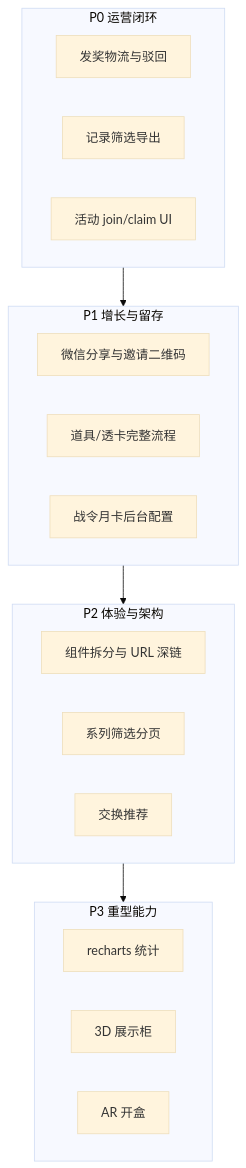
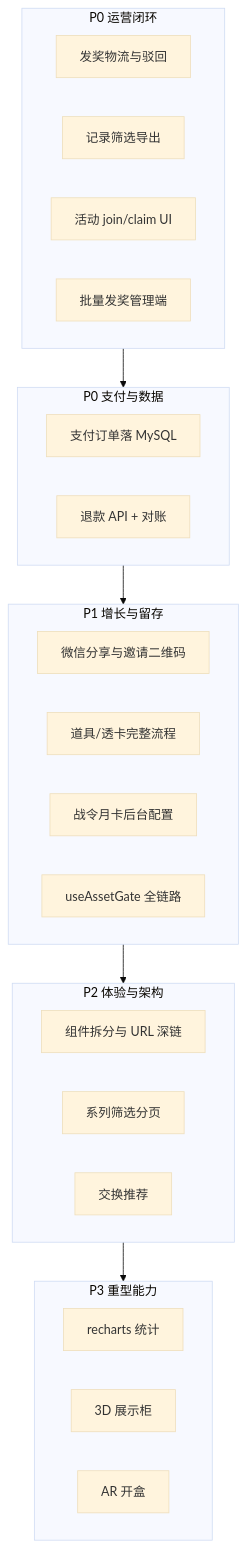
One commit to zhaolianpeng/campaign-lottery-platform changed the diagram in 缺口模块后续迭代清单.md. Above: the diagram before and after it, drawn with Mermaid (base theme). The commit also changed other lines of this file and 58 other files, not shown here.

````diff
--- a/缺口模块后续迭代清单.md
+++ b/缺口模块后续迭代清单.md
@@ -190,24 +249,30 @@
 ```mermaid
 flowchart TB
   subgraph p0 [P0 运营闭环]
     A[发奖物流与驳回]
     B[记录筛选导出]
     C[活动 join/claim UI]
+    D[批量发奖管理端]
+  end
+  subgraph p0b [P0 支付与数据]
+    E[支付订单落 MySQL]
+    F[退款 API + 对账]
   end
   subgraph p1 [P1 增长与留存]
-    D[微信分享与邀请二维码]
-    E[道具/透卡完整流程]
-    F[战令月卡后台配置]
+    G[微信分享与邀请二维码]
+    H[道具/透卡完整流程]
+    I[战令月卡后台配置]
+    J[useAssetGate 全链路]
   end
   subgraph p2 [P2 体验与架构]
-    G[组件拆分与 URL 深链]
-    H[系列筛选分页]
-    I[交换推荐]
+    K[组件拆分与 URL 深链]
+    L[系列筛选分页]
+    M[交换推荐]
   end
   subgraph p3 [P3 重型能力]
-    J[recharts 统计]
-    K[3D 展示柜]
-    L[AR 开盒]
+    N[recharts 统计]
+    O[3D 展示柜]
+    P[AR 开盒]
   end
-  p0 --> p1 --> p2 --> p3
+  p0 --> p0b --> p1 --> p2 --> p3
 ```
````
